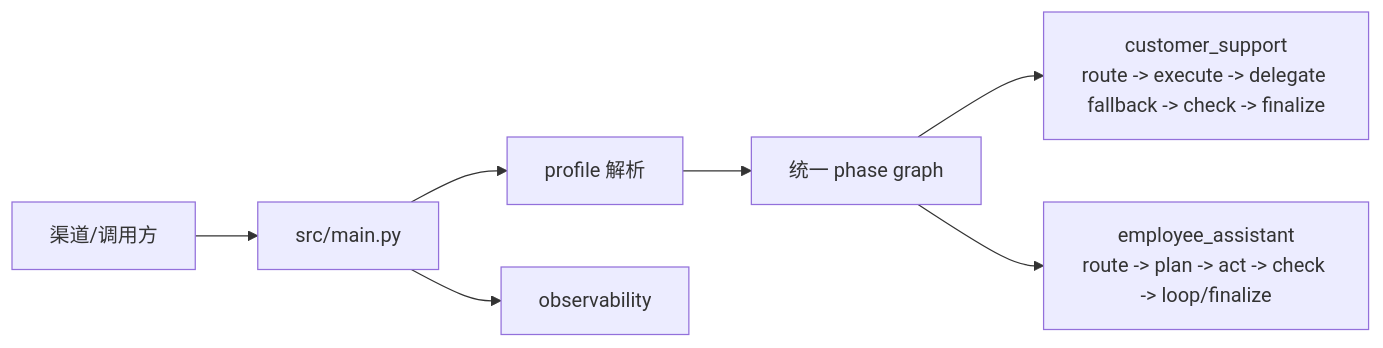
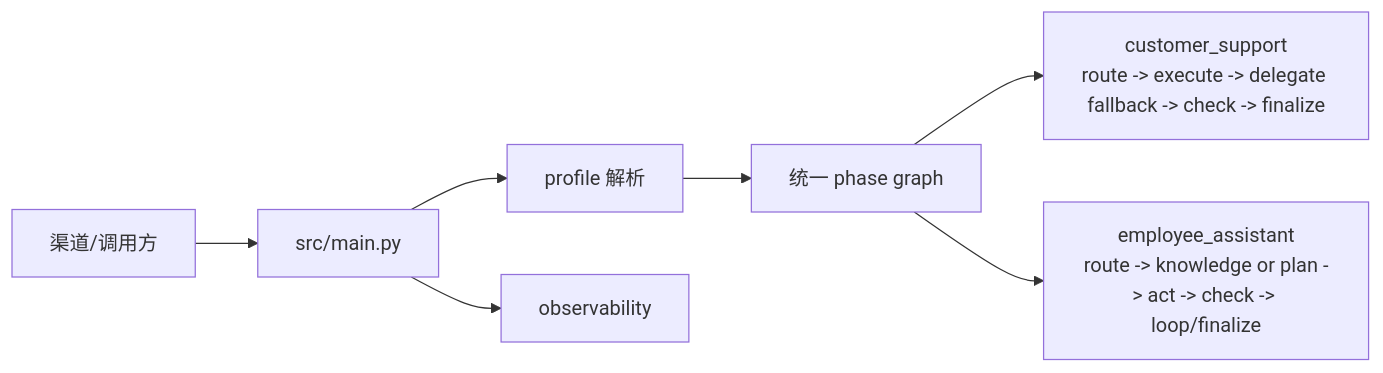
Before and after one commit to lr12338/hifleet-agent: the diagram in docs/README.md, drawn with Mermaid. The commit also changed other lines of this file and 7 other files, not shown here.

````diff
--- a/docs/README.md
+++ b/docs/README.md
@@ -34,9 +35,9 @@
 ```mermaid
 flowchart LR
     Client[渠道/调用方] --> API[src/main.py]
     API --> Profile[profile 解析]
     Profile --> Graph[统一 phase graph]
     Graph --> CS[customer_support<br/>route -> execute -> delegate fallback -> check -> finalize]
-    Graph --> Employee[employee_assistant<br/>route -> plan -> act -> check -> loop/finalize]
+    Graph --> Employee[employee_assistant<br/>route -> knowledge or plan -> act -> check -> loop/finalize]
     API --> Obs[observability]
 ```
````
